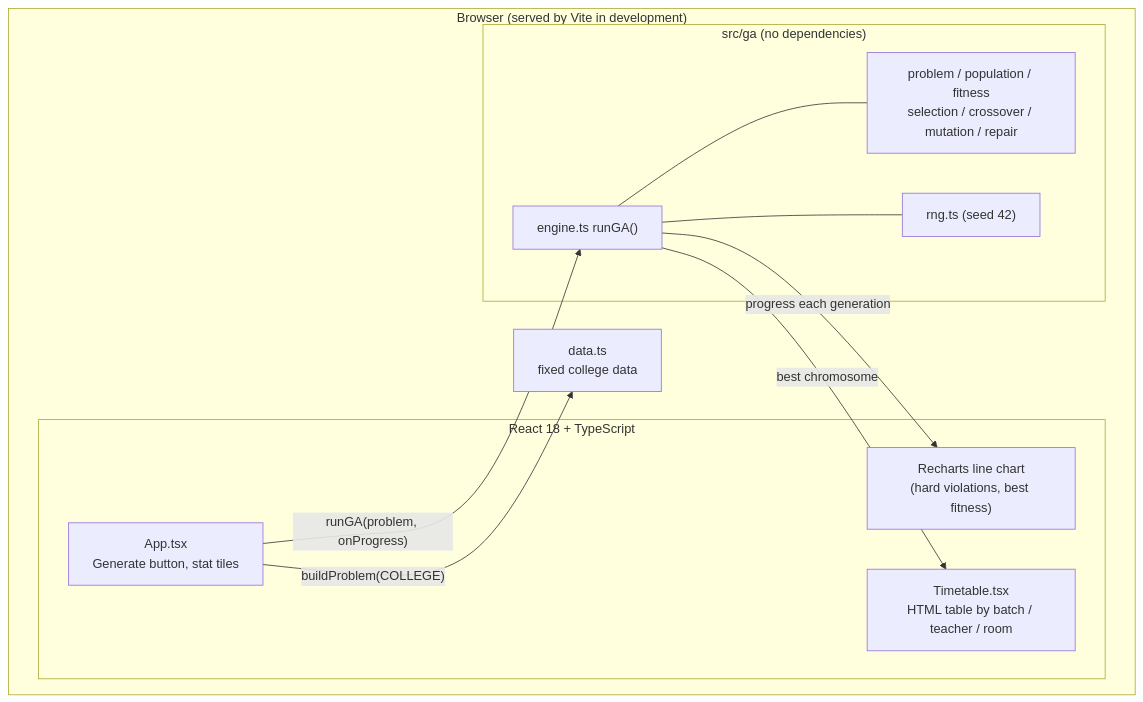
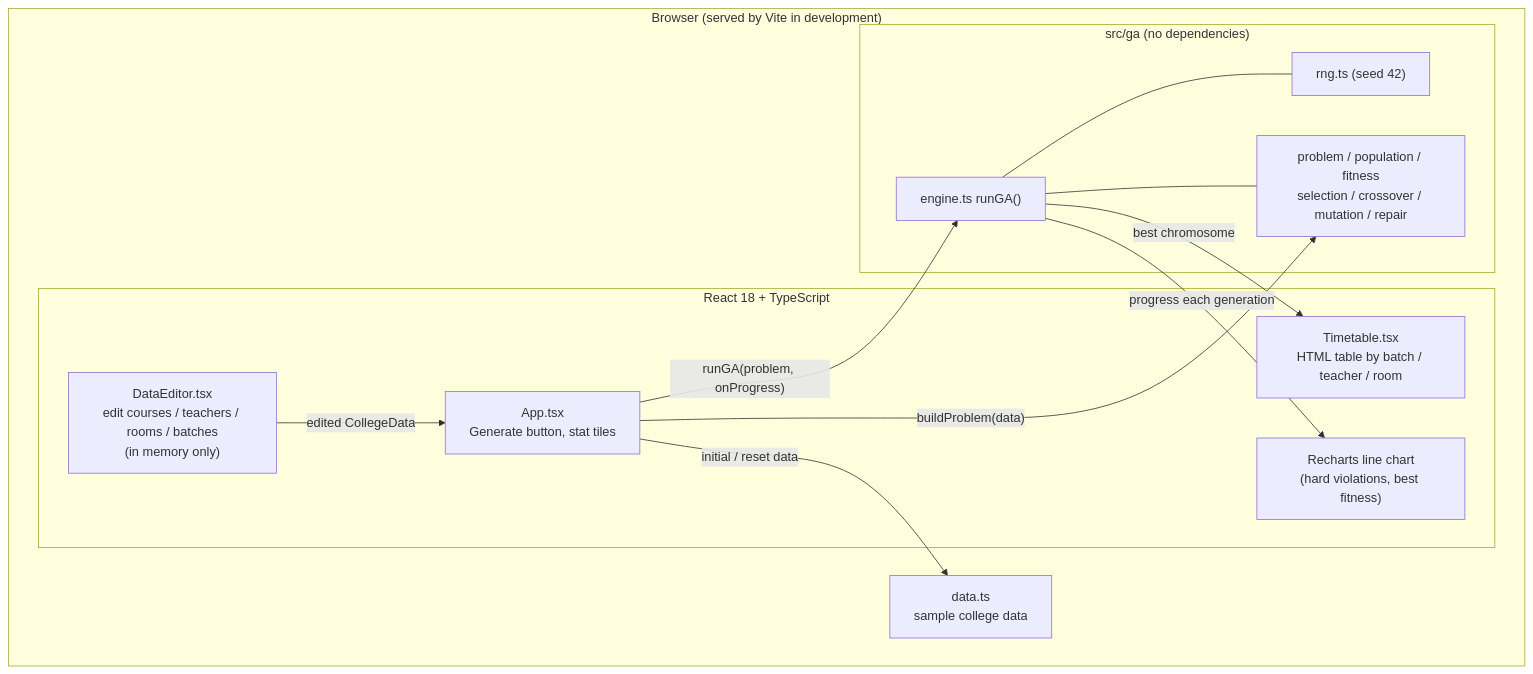
One commit to prajwalbasnet4400/schedular changed the fourth of 4 diagrams in docs/UML.md. Above: the diagram before and after it, drawn with Mermaid. The commit also changed other lines of this file and 20 other files, not shown here.

First line of the commit message:
Add editable data and parameters, shrink sample data, annotate

````diff
--- a/docs/UML.md
+++ b/docs/UML.md
@@ -181,23 +185,26 @@
 ```mermaid
 flowchart TB
   subgraph Browser["Browser (served by Vite in development)"]
     subgraph UI["React 18 + TypeScript"]
       App["App.tsx<br/>Generate button, stat tiles"]
+      Editor["DataEditor.tsx<br/>edit courses / teachers / rooms / batches<br/>(in memory only)"]
       Chart["Recharts line chart<br/>(hard violations, best fitness)"]
       Grid["Timetable.tsx<br/>HTML table by batch / teacher / room"]
     end
     subgraph Engine["src/ga (no dependencies)"]
       Run["engine.ts runGA()"]
       Ops["problem / population / fitness<br/>selection / crossover / mutation / repair"]
       Rng["rng.ts (seed 42)"]
     end
-    Data["data.ts<br/>fixed college data"]
+    Data["data.ts<br/>sample college data"]
   end
 
-  App -->|"buildProblem(COLLEGE)"| Data
+  App -->|"initial / reset data"| Data
+  Editor -->|"edited CollegeData"| App
+  App -->|"buildProblem(data)"| Ops
   App -->|"runGA(problem, onProgress)"| Run
   Run -->|"progress each generation"| Chart
   Run -->|"best chromosome"| Grid
   Run --- Ops
   Run --- Rng
 ```
````
